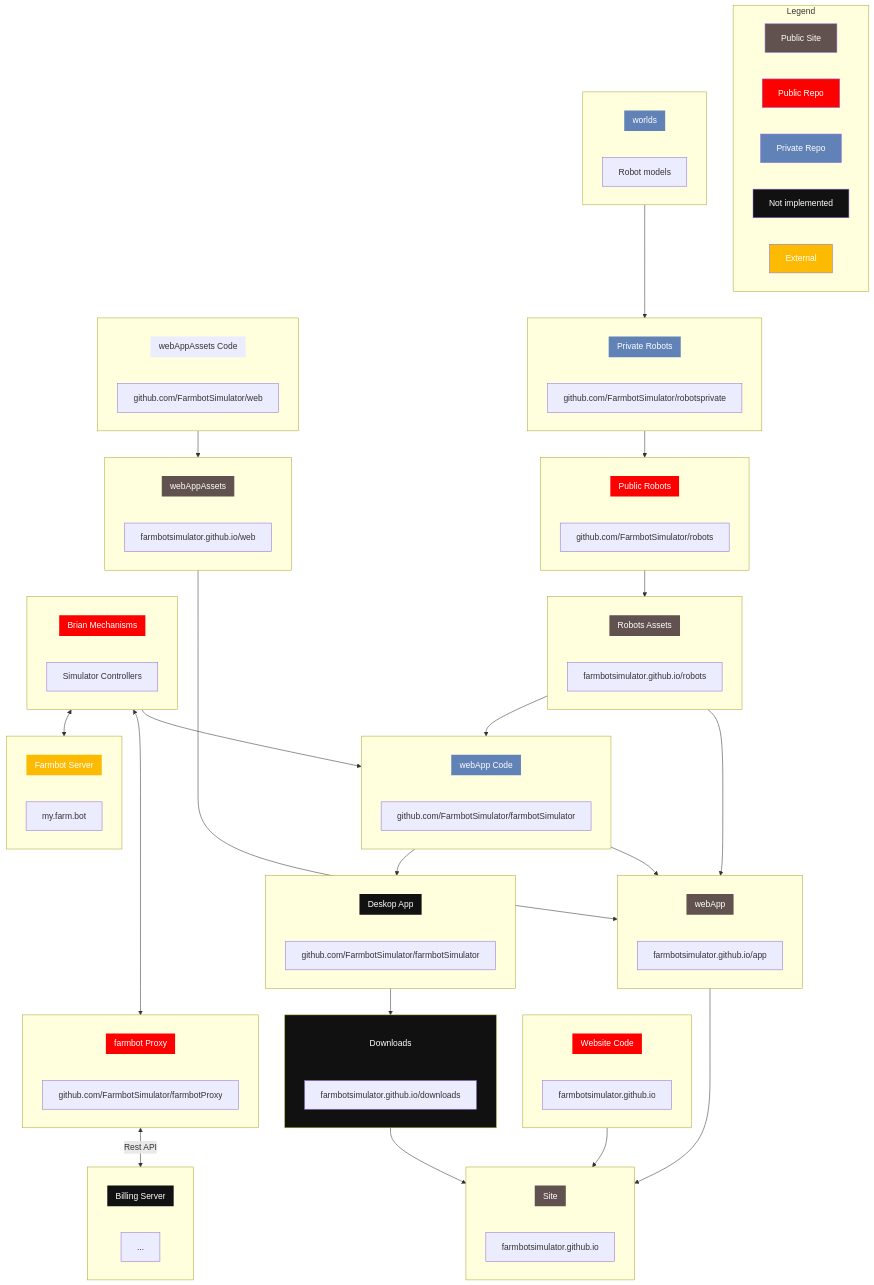
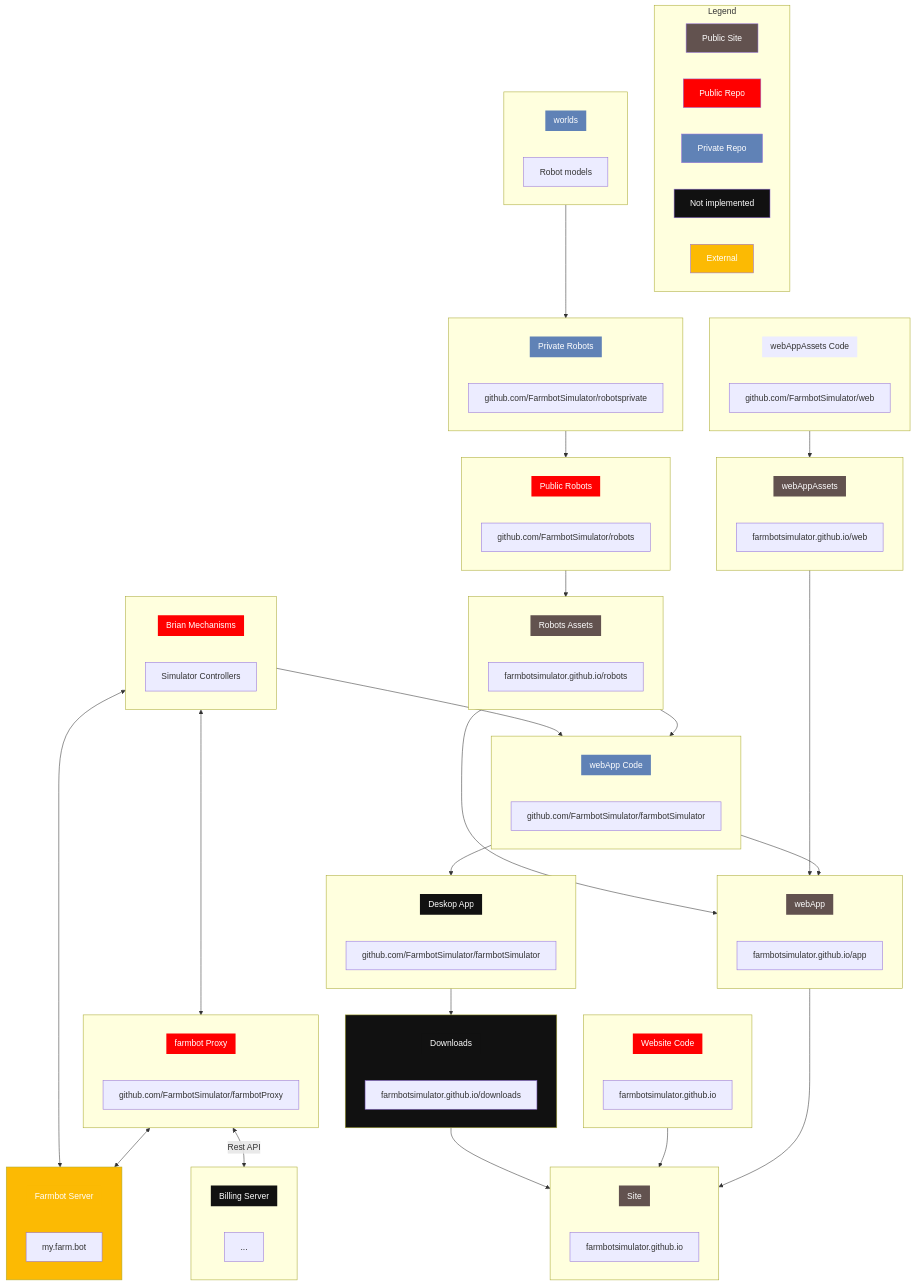
The diagram in profile/README.md (FarmbotSimulator/.github), drawn with Mermaid before and after one commit.

````diff
--- a/profile/README.md
+++ b/profile/README.md
@@ -128,6 +128,7 @@
 click B3 "https://github.com/FarmbotSimulator/farmbotProxy" _blank
 class A3 borderless
 class farmbotProxy,A3 red
+farmbotProxy<-->farmbotServer
 
 subgraph billingServer[ ]
     bs_A[[Billing Server]]
@@ -179,4 +180,5 @@
 class farmbotServer,fS_A yellow
 brianMechanisms<-->farmbotServer
 
+
 ```
````
